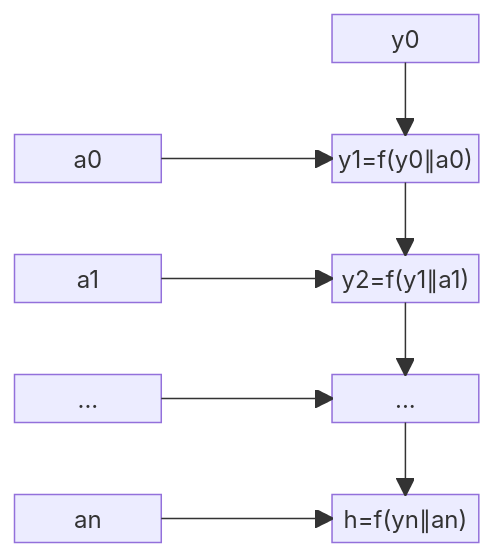
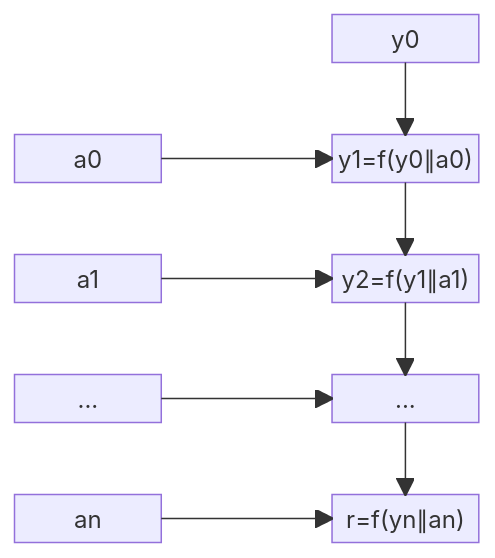
One commit to sergey-shandar/public changed the first of 2 diagrams in notes/hash.md. Above: the diagram before and after it, drawn with Mermaid. The commit also changed other lines of this file, not shown here.

````diff
--- a/notes/hash.md
+++ b/notes/hash.md
@@ -24,21 +24,21 @@
 ```mermaid
 block-beta
   columns 3
   space     space y0
   space:3
   a0        space y1["y1=f(y0∥a0)"]
   space:3
   a1        space y2["y2=f(y1∥a1)"]
   space:3
   ai["..."] space yi["..."]
   space:3
-  an        space h["h=f(yn∥an)"]
+  an        space r["r=f(yn∥an)"]
   y0-->y1
   a0-->y1
   y1-->y2
   a1-->y2
   y2-->yi
   ai-->yi
-  yi-->h
-  an-->h
+  yi-->r
+  an-->r
 ```
````
